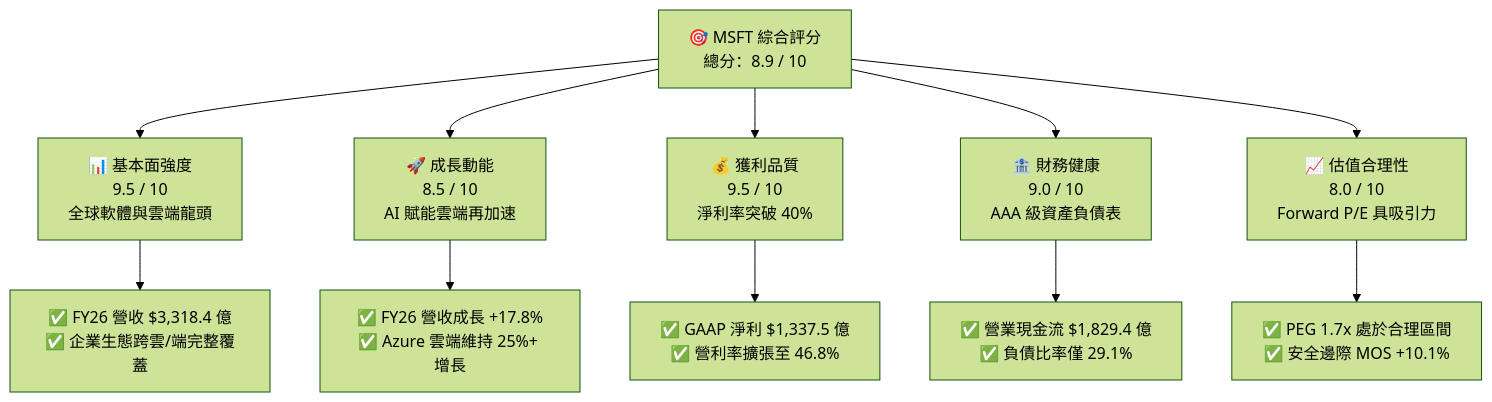
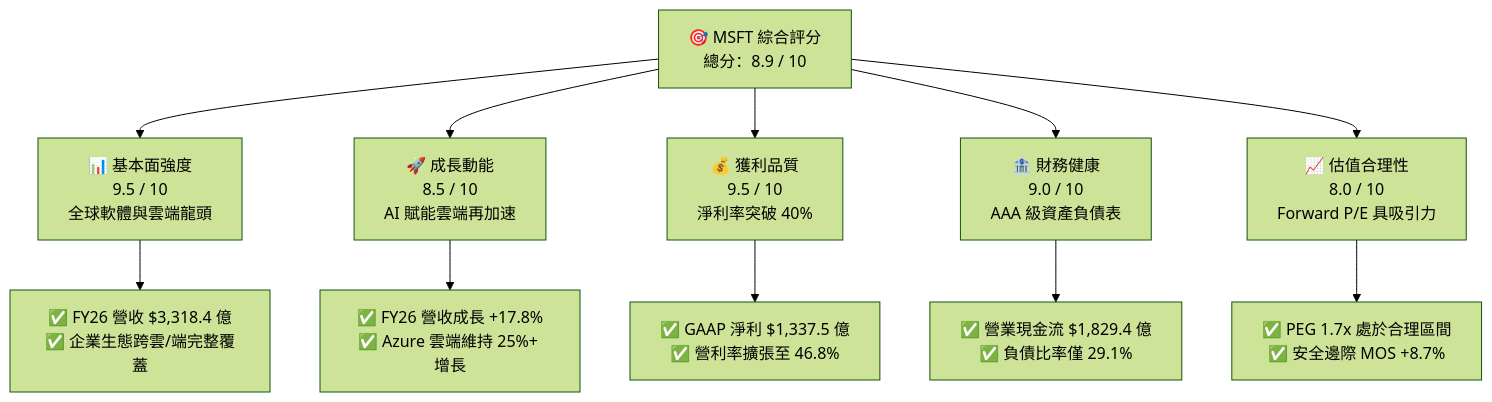
The first of 15 diagrams in ai_gen_report/fundamental/msft/fundamental_analysis_2026-10-09_gemini.md (yennanliu/finance_data), drawn with Mermaid (forest theme) before and after one commit. The commit also changed other lines of this file and 339 other files, not shown here.

````diff
--- a/ai_gen_report/fundamental/msft/fundamental_analysis_2026-10-09_gemini.md
+++ b/ai_gen_report/fundamental/msft/fundamental_analysis_2026-10-09_gemini.md
@@ -62,22 +69,22 @@
 ```mermaid
 graph TD
     TICKER["🎯 MSFT 綜合評分<br/>總分：8.9 / 10"]
 
     F["📊 基本面強度<br/>9.5 / 10<br/>全球軟體與雲端龍頭"]
     G["🚀 成長動能<br/>8.5 / 10<br/>AI 賦能雲端再加速"]
     P["💰 獲利品質<br/>9.5 / 10<br/>淨利率突破 40%"]
     B["🏦 財務健康<br/>9.0 / 10<br/>AAA 級資產負債表"]
     V["📈 估值合理性<br/>8.0 / 10<br/>Forward P/E 具吸引力"]
 
     TICKER --> F
     TICKER --> G
     TICKER --> P
     TICKER --> B
     TICKER --> V
 
     F --> F1["✅ FY26 營收 $3,318.4 億<br/>✅ 企業生態跨雲/端完整覆蓋"]
     G --> G1["✅ FY26 營收成長 +17.8%<br/>✅ Azure 雲端維持 25%+ 增長"]
     P --> P1["✅ GAAP 淨利 $1,337.5 億<br/>✅ 營利率擴張至 46.8%"]
     B --> B1["✅ 營業現金流 $1,829.4 億<br/>✅ 負債比率僅 29.1%"]
-    V --> V1["✅ PEG 1.7x 處於合理區間<br/>✅ 安全邊際 MOS +10.1%"]
+    V --> V1["✅ PEG 1.7x 處於合理區間<br/>✅ 安全邊際 MOS +8.7%"]
 ```
````
